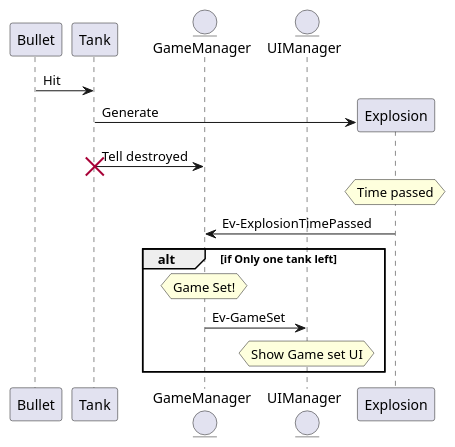
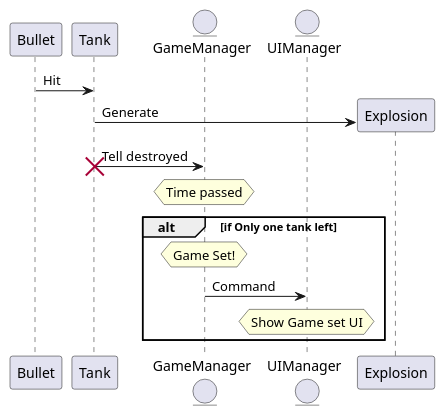
One commit to konbraphat51/Tank changed the diagram in UML/Sequence_End.puml. Above: the diagram before and after it, drawn with PlantUML. The commit also changed 39 other files, not shown here.

```diff
--- a/UML/Sequence_End.puml
+++ b/UML/Sequence_End.puml
@@ -1,35 +1,33 @@
 @startuml
 
 participant Bullet
 participant Tank
 entity GameManager
 entity UIManager
 
 Bullet -> Tank : Hit
 
 create participant Explosion
 Tank -> Explosion : Generate
 
 Tank -> GameManager : Tell destroyed
 
 destroy Tank
 
-hnote over Explosion
+hnote over GameManager
     Time passed
 endhnote
-
-Explosion -> GameManager : Ev-ExplosionTimePassed
 
 alt if Only one tank left
     hnote over GameManager
         Game Set!
     endhnote
 
-    GameManager -> UIManager : Ev-GameSet
+    GameManager -> UIManager : Command
 
     hnote over UIManager
         Show Game set UI
     endhnote
 end
 
 @enduml
```
